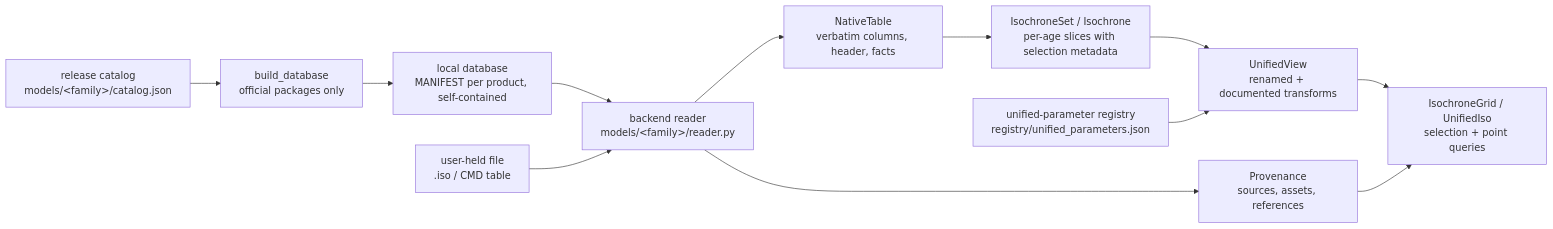
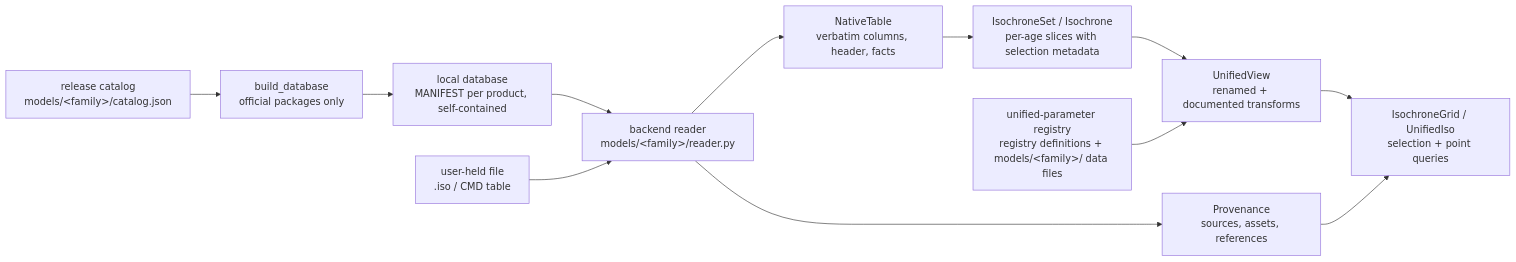
Before and after one commit to astro-jingtao/stellariso: the diagram in docs/architecture.md, drawn with Mermaid. The commit also changed other lines of this file and 8 other files, not shown here.

First line of the commit message:
refactor: split the unified-parameter registry by ownership

````diff
--- a/docs/architecture.md
+++ b/docs/architecture.md
@@ -7,14 +7,14 @@
 ```mermaid
 flowchart LR
     C[release catalog<br/>models/&lt;family&gt;/catalog.json] --> B[build_database<br/>official packages only]
     B --> D[local database<br/>MANIFEST per product, self-contained]
     D --> R[backend reader<br/>models/&lt;family&gt;/reader.py]
     F[user-held file<br/>.iso / CMD table] --> R
     R --> N[NativeTable<br/>verbatim columns, header, facts]
     N --> S[IsochroneSet / Isochrone<br/>per-age slices with selection metadata]
     S --> U[UnifiedView<br/>renamed + documented transforms]
-    Q[unified-parameter registry<br/>registry/unified_parameters.json] --> U
+    Q[unified-parameter registry<br/>registry definitions + models/&lt;family&gt;/ data files] --> U
     U --> G[IsochroneGrid / UnifiedIso<br/>selection + point queries]
     R --> P[Provenance<br/>sources, assets, references]
     P --> G
 ```
````
